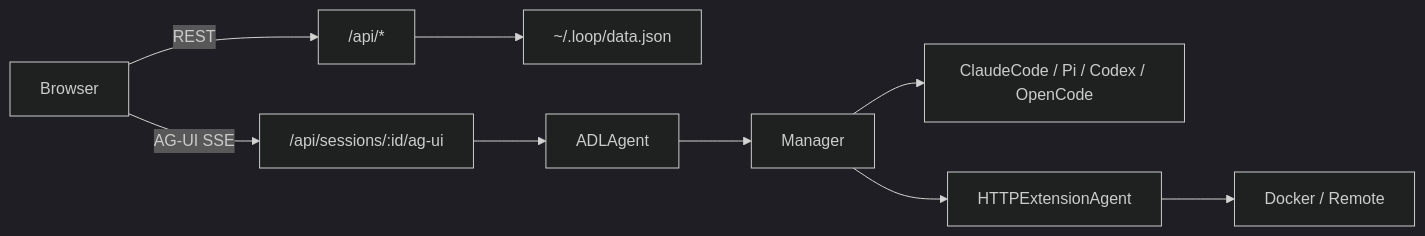
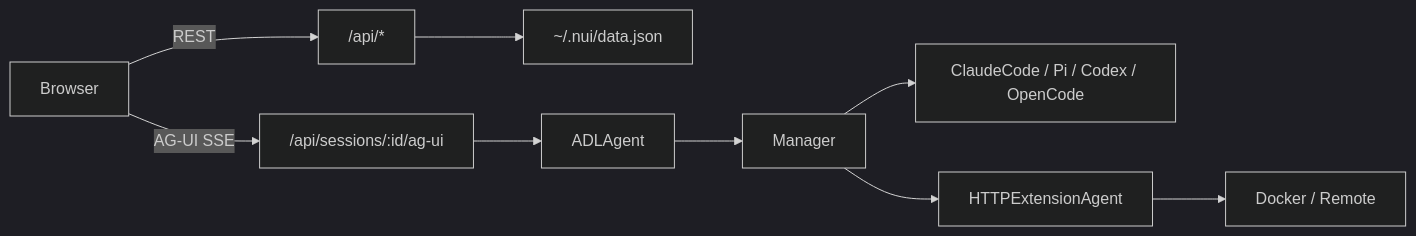
One commit to plmbr/nui changed the diagram in CLAUDE.md. Above: the diagram before and after it, drawn with Mermaid (dark theme). The commit also changed other lines of this file and 397 other files, not shown here.

````diff
--- a/CLAUDE.md
+++ b/CLAUDE.md
@@ -46,11 +46,11 @@
 ```mermaid
 flowchart LR
   Browser -->|REST| API["/api/*"]
   Browser -->|AG-UI SSE| AGUI["/api/sessions/:id/ag-ui"]
-  API --> Store["~/.loop/data.json"]
+  API --> Store["~/.nui/data.json"]
   AGUI --> ADLAgent
   ADLAgent --> Manager
   Manager --> Harnesses["ClaudeCode / Pi / Codex / OpenCode"]
   Manager --> HTTPExt["HTTPExtensionAgent"]
   HTTPExt --> DockerRemote["Docker / Remote"]
 ```
````
